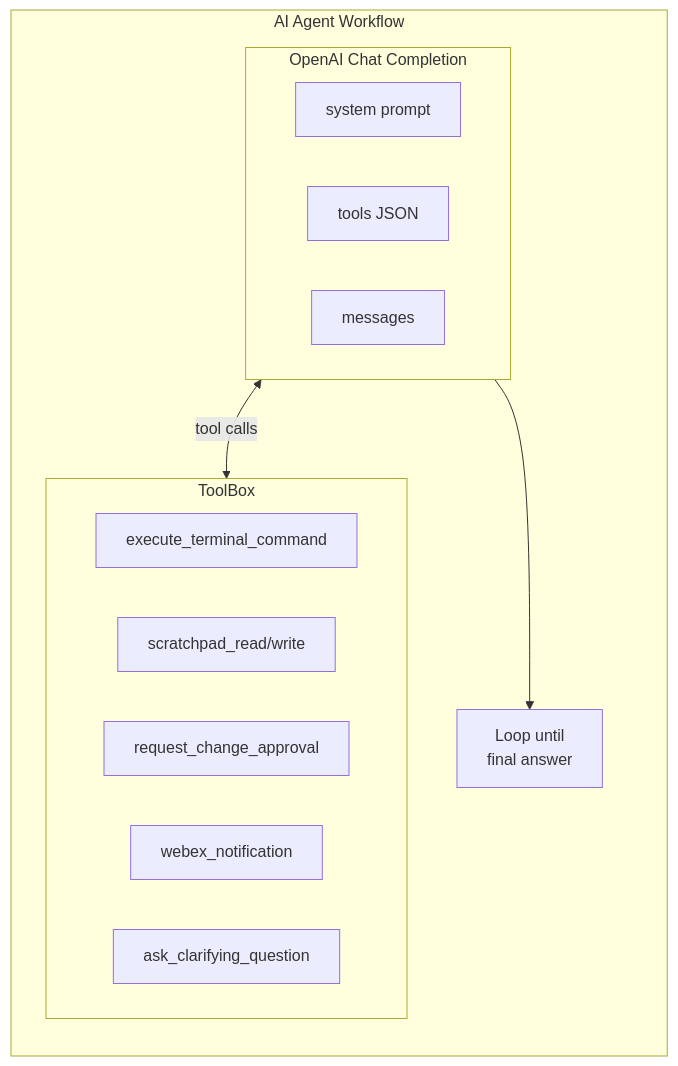
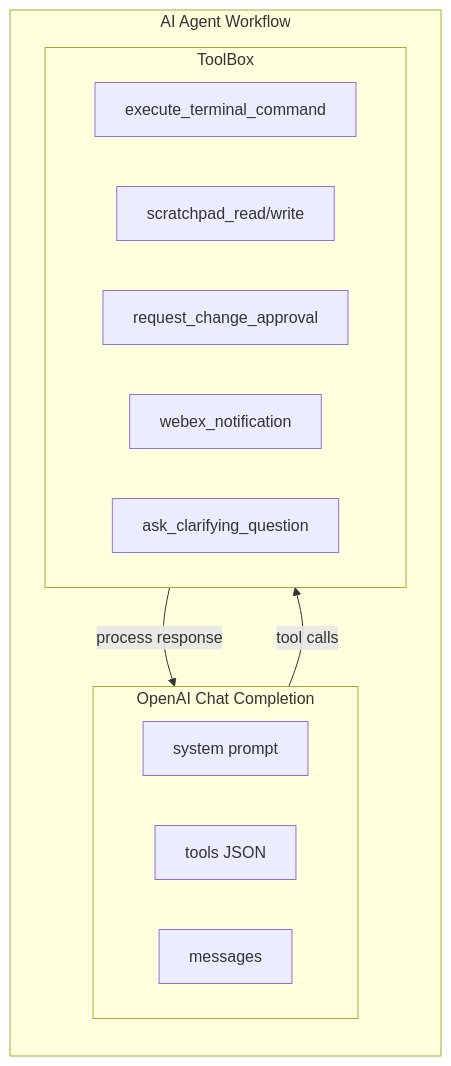
The second of 3 diagrams in lab-guide/docs/lab3.md (ciscomanagedservices/ciscolive26_cw_ai_agents), drawn with Mermaid before and after one commit. The commit also changed other lines of this file and 8 other files, not shown here.

````diff
--- a/lab-guide/docs/lab3.md
+++ b/lab-guide/docs/lab3.md
@@ -25,22 +25,22 @@
 ```mermaid
 flowchart TB
     subgraph agent["AI Agent Workflow"]
         direction TB
         subgraph llm["OpenAI Chat Completion"]
             L1[system prompt]
             L2[tools JSON]
             L3[messages]
         end
 
         subgraph toolbox["ToolBox"]
             T1[execute_terminal_command]
             T2[scratchpad_read/write]
             T3[request_change_approval]
             T4[webex_notification]
             T5[ask_clarifying_question]
         end
 
-        llm <-->|tool calls| toolbox
-        llm --> loop["Loop until<br/>final answer"]
+        llm -->|tool calls| toolbox
+        toolbox -->|process response| llm
     end
 ```
````
